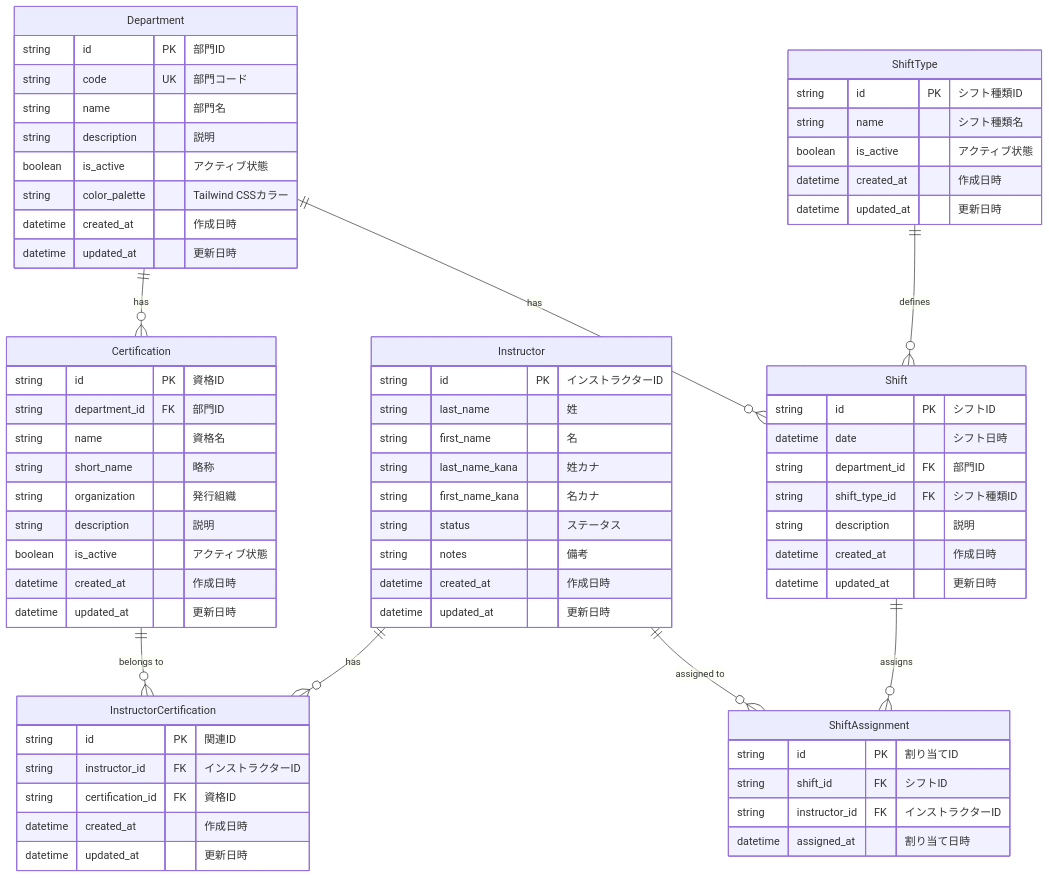
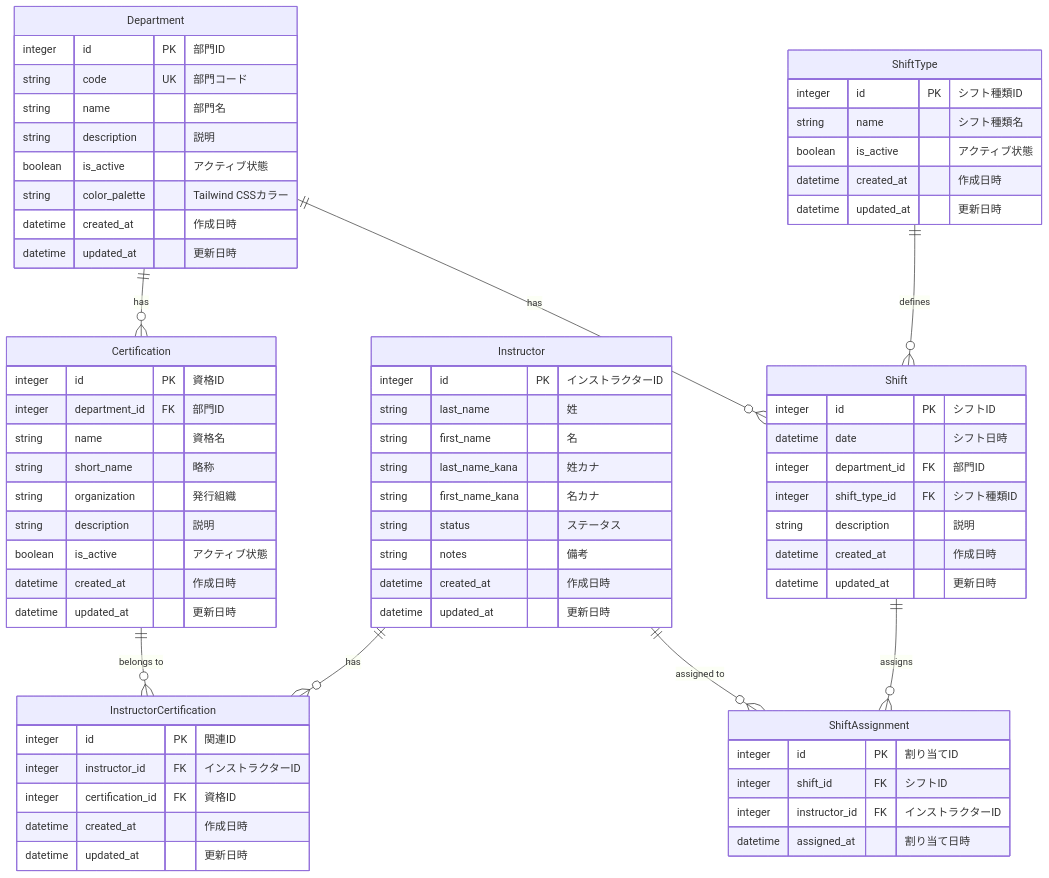
Before and after one commit to keichan110/snow-school-scheduler: the diagram in docs/db.md, drawn with Mermaid. The commit also changed other lines of this file and 2 other files, not shown here.

First line of the commit message:
⚡ Optimize Prisma schema with INTEGER PRIMARY KEY for performance

````diff
--- a/docs/db.md
+++ b/docs/db.md
@@ -16,81 +16,81 @@
 ```mermaid
 erDiagram
     Department {
-        string id PK "部門ID"
+        integer id PK "部門ID"
         string code UK "部門コード"
         string name "部門名"
         string description "説明"
         boolean is_active "アクティブ状態"
         string color_palette "Tailwind CSSカラー"
         datetime created_at "作成日時"
         datetime updated_at "更新日時"
     }
 
     Certification {
-        string id PK "資格ID"
-        string department_id FK "部門ID"
+        integer id PK "資格ID"
+        integer department_id FK "部門ID"
         string name "資格名"
         string short_name "略称"
         string organization "発行組織"
         string description "説明"
         boolean is_active "アクティブ状態"
         datetime created_at "作成日時"
         datetime updated_at "更新日時"
     }
 
     Instructor {
-        string id PK "インストラクターID"
+        integer id PK "インストラクターID"
         string last_name "姓"
         string first_name "名"
         string last_name_kana "姓カナ"
         string first_name_kana "名カナ"
         string status "ステータス"
         string notes "備考"
         datetime created_at "作成日時"
         datetime updated_at "更新日時"
     }
 
     InstructorCertification {
-        string id PK "関連ID"
-        string instructor_id FK "インストラクターID"
-        string certification_id FK "資格ID"
+        integer id PK "関連ID"
+        integer instructor_id FK "インストラクターID"
+        integer certification_id FK "資格ID"
         datetime created_at "作成日時"
         datetime updated_at "更新日時"
     }
 
     ShiftType {
-        string id PK "シフト種類ID"
+        integer id PK "シフト種類ID"
         string name "シフト種類名"
         boolean is_active "アクティブ状態"
         datetime created_at "作成日時"
         datetime updated_at "更新日時"
     }
 
     Shift {
-        string id PK "シフトID"
+        integer id PK "シフトID"
         datetime date "シフト日時"
-        string department_id FK "部門ID"
-        string shift_type_id FK "シフト種類ID"
+        integer department_id FK "部門ID"
+        integer shift_type_id FK "シフト種類ID"
         string description "説明"
         datetime created_at "作成日時"
         datetime updated_at "更新日時"
     }
 
     ShiftAssignment {
-        string id PK "割り当てID"
-        string shift_id FK "シフトID"
-        string instructor_id FK "インストラクターID"
+        integer id PK "割り当てID"
+        integer shift_id FK "シフトID"
+        integer instructor_id FK "インストラクターID"
         datetime assigned_at "割り当て日時"
     }
 
     %% リレーション定義
     Department ||--o{ Certification : "has"
     Department ||--o{ Shift : "has"
     ShiftType ||--o{ Shift : "defines"
 
     Instructor ||--o{ InstructorCertification : "has"
     Certification ||--o{ InstructorCertification : "belongs to"
 
     Instructor ||--o{ ShiftAssignment : "assigned to"
     Shift ||--o{ ShiftAssignment : "assigns"
 ```
````
